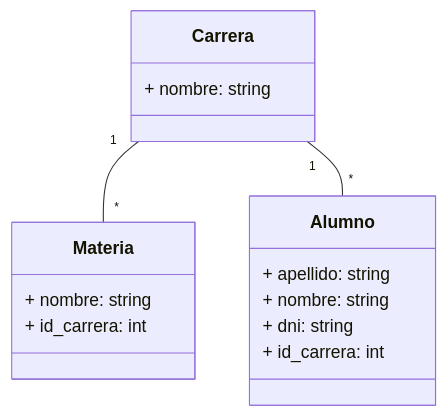
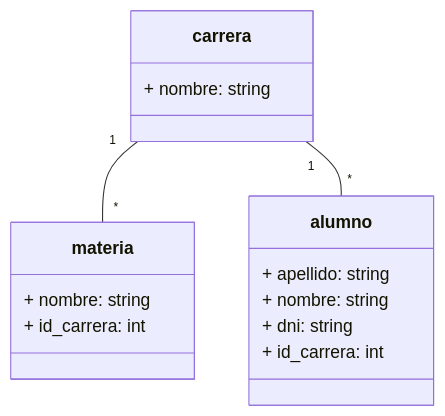
The third of 6 diagrams in README.md (pablo-origlia/estrategias-persistencia), drawn with Mermaid before and after one commit. The commit also changed other lines of this file and 16 other files, not shown here.

````diff
--- a/README.md
+++ b/README.md
@@ -193,22 +193,22 @@
 ```mermaid
 classDiagram
 
-Carrera "1"--"*" Materia
-Carrera "1"--"*" Alumno
+carrera "1"--"*" materia
+carrera "1"--"*" alumno
 
-class Carrera {
+class carrera {
   + nombre: string
 }
 
-class Materia {
+class materia {
   + nombre: string
   + id_carrera: int
 }
 
-class Alumno {
+class alumno {
   + apellido: string
   + nombre: string
   + dni: string
   + id_carrera: int
 }
 ```
````
